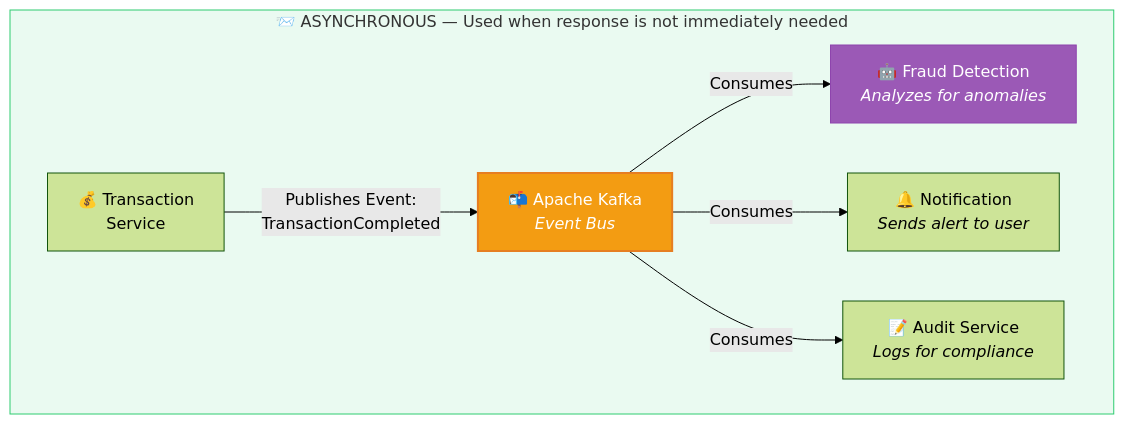
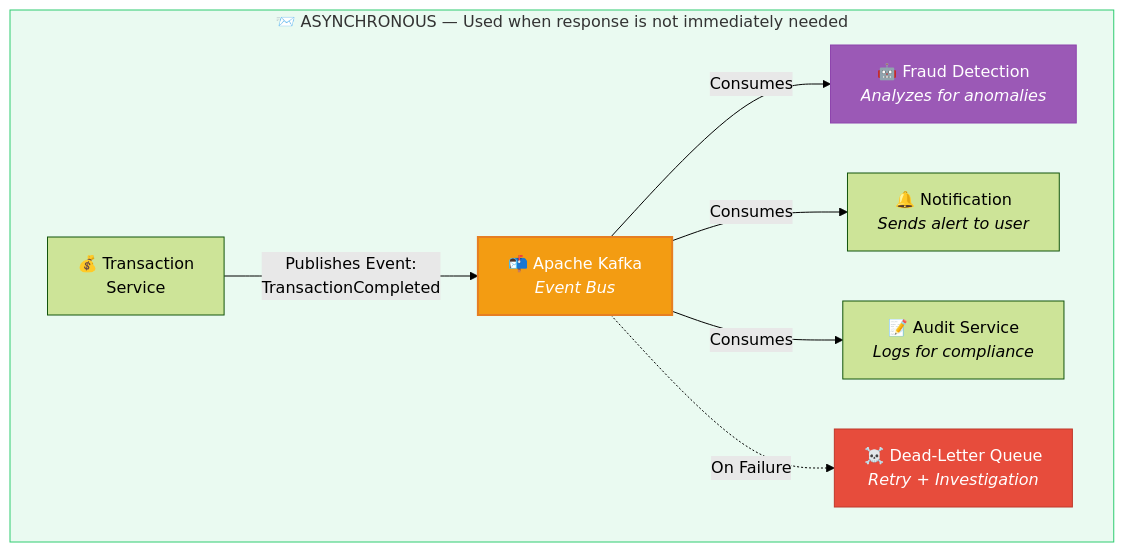
Before and after one commit to sandaruns2004/Duthon_6.0_BigBug: the third of 9 diagrams in Docs/system_architecture.md, drawn with Mermaid (forest theme). The commit also changed other lines of this file and 13 other files, not shown here.

````diff
--- a/Docs/system_architecture.md
+++ b/Docs/system_architecture.md
@@ -173,14 +234,16 @@
 ```mermaid
 graph LR
     subgraph ASYNC["📨 ASYNCHRONOUS — Used when response is not immediately needed"]
         direction LR
         TXNSVC2["💰 Transaction<br/>Service"] -->|"Publishes Event:<br/>TransactionCompleted"| KAFKA2["📬 Apache Kafka<br/><i>Event Bus</i>"]
         KAFKA2 -->|"Consumes"| FRAUD2["🤖 Fraud Detection<br/><i>Analyzes for anomalies</i>"]
         KAFKA2 -->|"Consumes"| NOTIF2["🔔 Notification<br/><i>Sends alert to user</i>"]
         KAFKA2 -->|"Consumes"| AUDIT2["📝 Audit Service<br/><i>Logs for compliance</i>"]
+        KAFKA2 -.->|"On Failure"| DLQ2["☠️ Dead-Letter Queue<br/><i>Retry + Investigation</i>"]
     end
     
     style ASYNC fill:#eafaf1,stroke:#2ecc71
     style KAFKA2 fill:#f39c12,stroke:#e67e22,color:#fff,stroke-width:2px
     style FRAUD2 fill:#9b59b6,stroke:#8e44ad,color:#fff
+    style DLQ2 fill:#e74c3c,stroke:#c0392b,color:#fff
 ```
````
